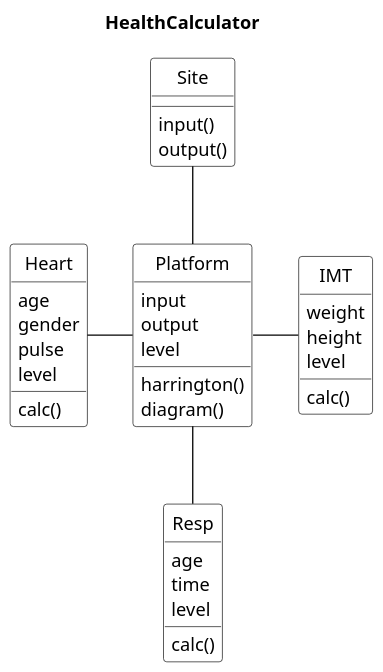
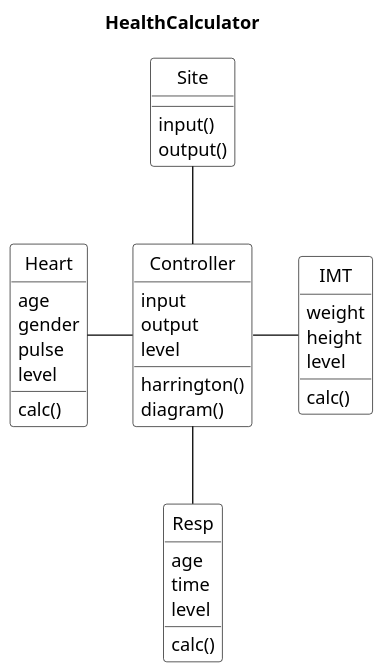
The diagram in UML_modules.puml (MattPopov/HealthCalculatorBranch), drawn with PlantUML before and after one commit. The commit also changed 1 other file, not shown here.

Commit message:
create objects in Platform.py

```diff
--- a/UML_modules.puml
+++ b/UML_modules.puml
@@ -1,59 +1,59 @@
 @startuml
 title   HealthCalculator
 
 
 skinparam class {
 BackgroundColor White
 ArrowColor Black
 BorderColor Black
 }
 skinparam object {
 BackgroundColor White
 ArrowColor Black
 BorderColor Black
 }
 scale 1.3
 skinparam DefaultTextAlignment left
 skinparam shadowing false
 skinparam packageStyle frame
 hide circle
 'hide members
 'skinparam monochrome true
 'note " lots in deal" as spread
 'package Storage {
 class Heart{
 age
 gender
 pulse
 level
 calc()
 }
 class Resp{
 age
 time
 level
 calc()
 }
 class IMT{
 weight
 height
 level
 calc()
 }
-class Platform{
+class Controller{
 input
 output
 level
 harrington()
 diagram()
 }
 class Site{
 input()
 output()
 }
-Platform -l- Heart
-Platform - IMT
-Platform -u- Site
-Platform --  Resp
+Controller -l- Heart
+Controller - IMT
+Controller -u- Site
+Controller --  Resp
 'Mean_deal --|> Deal
 @enduml
```
